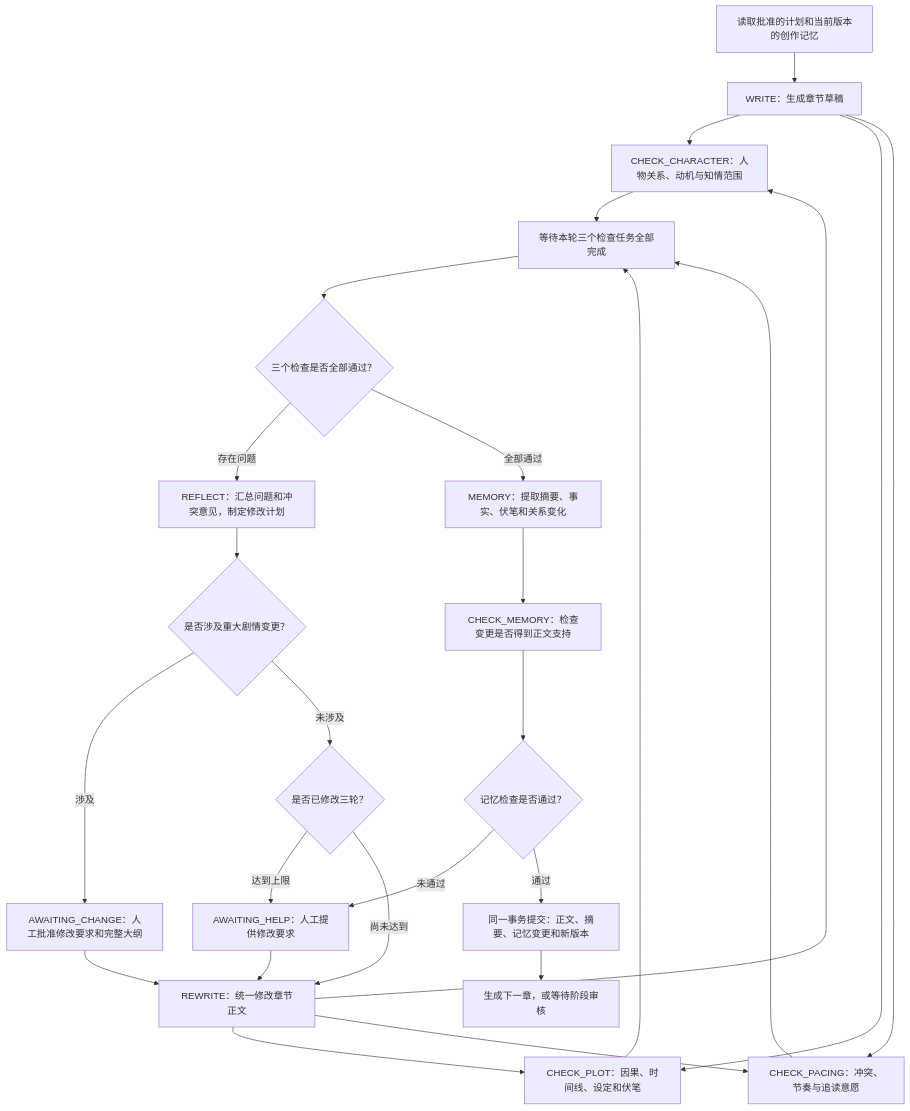
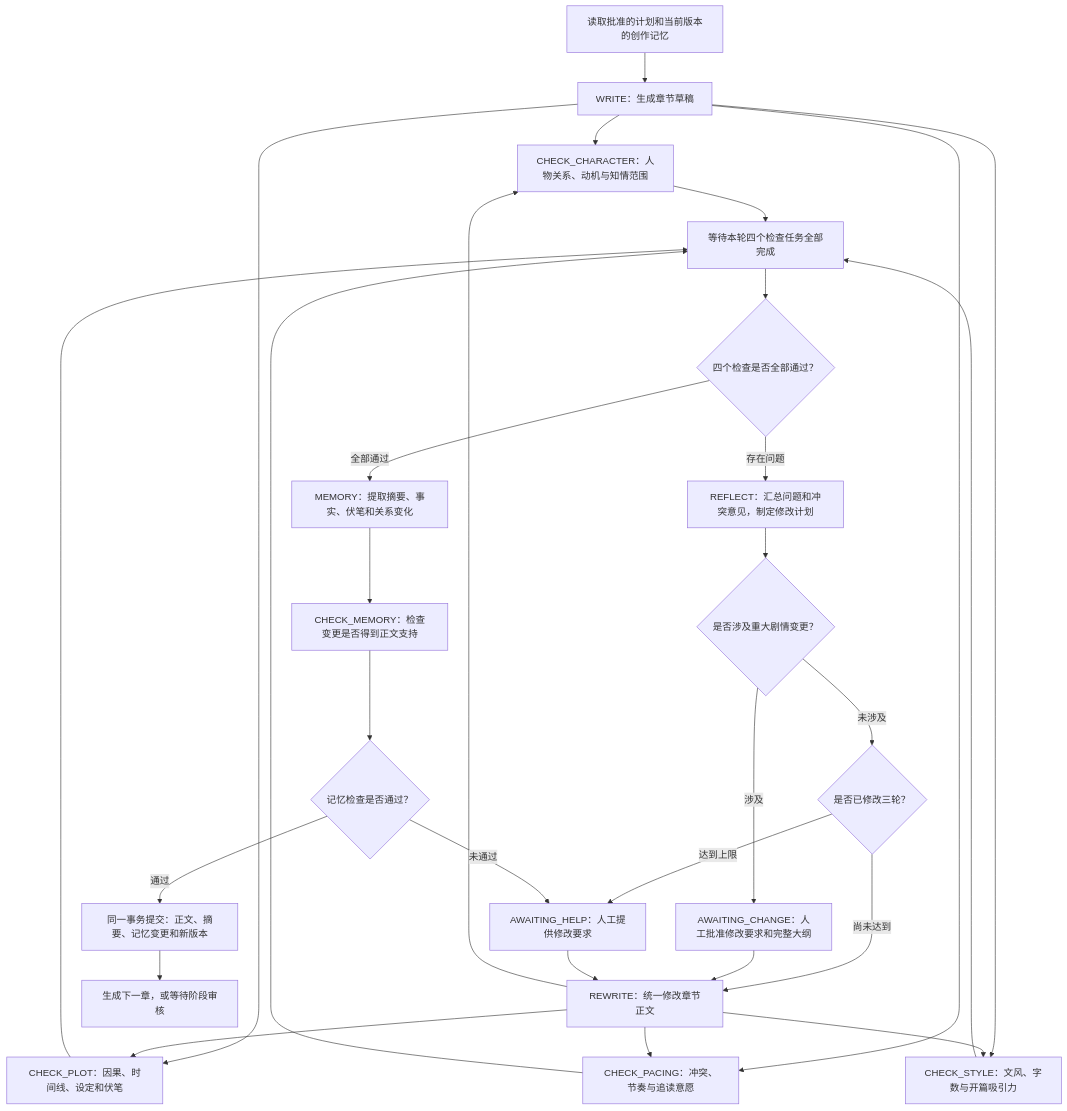
The second of 5 diagrams in README.md (ccii1/novel-agent), drawn with Mermaid before and after one commit. The commit also changed other lines of this file and 55 other files, not shown here.

````diff
--- a/README.md
+++ b/README.md
@@ -32,28 +40,31 @@
 ```mermaid
 flowchart TD
     Context["读取批准的计划和当前版本的创作记忆"] --> Write["WRITE：生成章节草稿"]
     Write --> Character["CHECK_CHARACTER：人物关系、动机与知情范围"]
     Write --> Plot["CHECK_PLOT：因果、时间线、设定和伏笔"]
     Write --> Pacing["CHECK_PACING：冲突、节奏与追读意愿"]
-    Character --> Join["等待本轮三个检查任务全部完成"]
+    Write --> Style["CHECK_STYLE：文风、字数与开篇吸引力"]
+    Character --> Join["等待本轮四个检查任务全部完成"]
     Plot --> Join
     Pacing --> Join
-    Join --> Passed{"三个检查是否全部通过？"}
+    Style --> Join
+    Join --> Passed{"四个检查是否全部通过？"}
     Passed -->|存在问题| Reflect["REFLECT：汇总问题和冲突意见，制定修改计划"]
     Reflect --> Major{"是否涉及重大剧情变更？"}
     Major -->|涉及| HumanMajor["AWAITING_CHANGE：人工批准修改要求和完整大纲"]
     Major -->|未涉及| Limit{"是否已修改三轮？"}
     Limit -->|达到上限| HumanHelp["AWAITING_HELP：人工提供修改要求"]
     Limit -->|尚未达到| Rewrite["REWRITE：统一修改章节正文"]
     HumanMajor --> Rewrite
     HumanHelp --> Rewrite
     Rewrite --> Character
     Rewrite --> Plot
     Rewrite --> Pacing
+    Rewrite --> Style
     Passed -->|全部通过| Extract["MEMORY：提取摘要、事实、伏笔和关系变化"]
     Extract --> MemoryCheck["CHECK_MEMORY：检查变更是否得到正文支持"]
     MemoryCheck --> MemoryPassed{"记忆检查是否通过？"}
     MemoryPassed -->|未通过| HumanHelp
     MemoryPassed -->|通过| Commit["同一事务提交：正文、摘要、记忆变更和新版本"]
     Commit --> Next["生成下一章，或等待阶段审核"]
 ```
````
